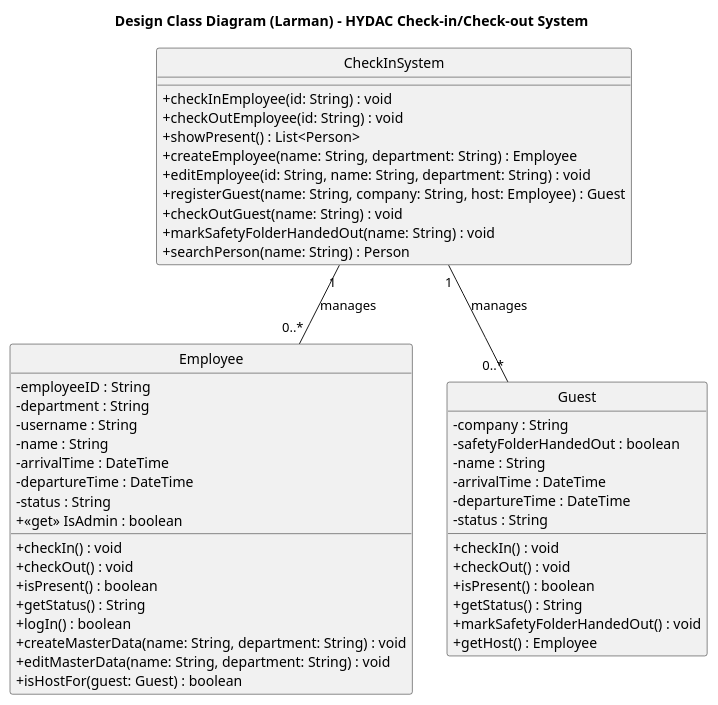
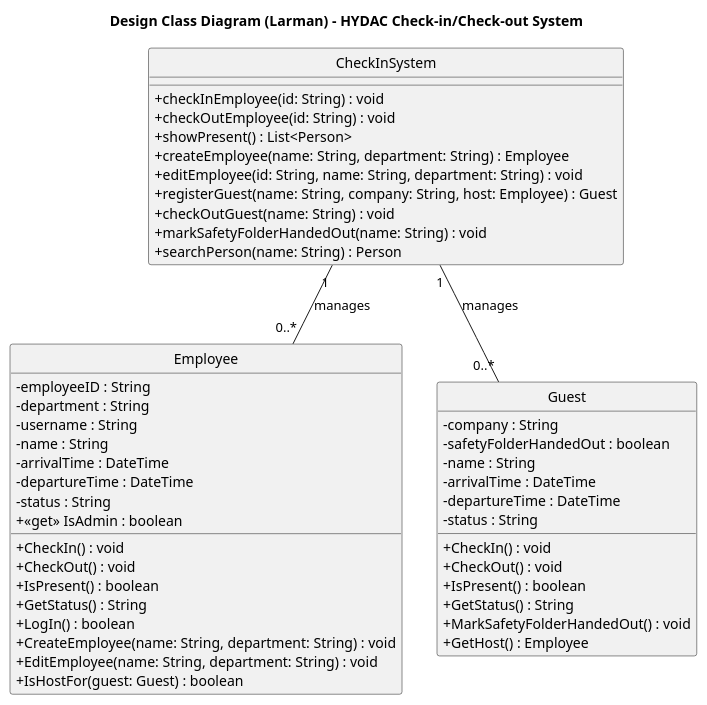
Before and after one commit to albla20/HydacTeamA4: the diagram in Artifacts/DesignClassDiagram(English).puml, drawn with PlantUML. The commit also changed 1 other file, not shown here.

```diff
--- a/Artifacts/DesignClassDiagram(English).puml
+++ b/Artifacts/DesignClassDiagram(English).puml
@@ -1,61 +1,61 @@
 @startuml DesignClassDiagram
 title Design Class Diagram (Larman) - HYDAC Check-in/Check-out System
 
 hide circle
 skinparam classAttributeIconSize 0
 hide emptymembers
 
 class CheckInSystem {
   + checkInEmployee(id: String) : void
   + checkOutEmployee(id: String) : void
   + showPresent() : List<Person>
   + createEmployee(name: String, department: String) : Employee
   + editEmployee(id: String, name: String, department: String) : void
   + registerGuest(name: String, company: String, host: Employee) : Guest
   + checkOutGuest(name: String) : void
   + markSafetyFolderHandedOut(name: String) : void
   + searchPerson(name: String) : Person
 }
 
 class Employee {
   - employeeID : String
   - department : String
   - username : String
   - name : String
   - arrivalTime : DateTime
   - departureTime : DateTime
   - status : String
   + <<get>> IsAdmin : boolean
-  + checkIn() : void
-  + checkOut() : void
-  + isPresent() : boolean
-  + getStatus() : String
-  + logIn() : boolean
-  + createMasterData(name: String, department: String) : void
-  + editMasterData(name: String, department: String) : void
-  + isHostFor(guest: Guest) : boolean
+  + CheckIn() : void
+  + CheckOut() : void
+  + IsPresent() : boolean
+  + GetStatus() : String
+  + LogIn() : boolean
+  + CreateEmployee(name: String, department: String) : void
+  + EditEmployee(name: String, department: String) : void
+  + IsHostFor(guest: Guest) : boolean
 }
 
 class Guest {
   - company : String
   - safetyFolderHandedOut : boolean
   - name : String
   - arrivalTime : DateTime
   - departureTime : DateTime
   - status : String
-  + checkIn() : void
-  + checkOut() : void
-  + isPresent() : boolean
-  + getStatus() : String
-  + markSafetyFolderHandedOut() : void
-  + getHost() : Employee
+  + CheckIn() : void
+  + CheckOut() : void
+  + IsPresent() : boolean
+  + GetStatus() : String
+  + MarkSafetyFolderHandedOut() : void
+  + GetHost() : Employee
 }
 
 CheckInSystem "1" -- "0..*" Employee : manages
 CheckInSystem "1" -- "0..*" Guest : manages
 
 
 
 
 
 @enduml
```
